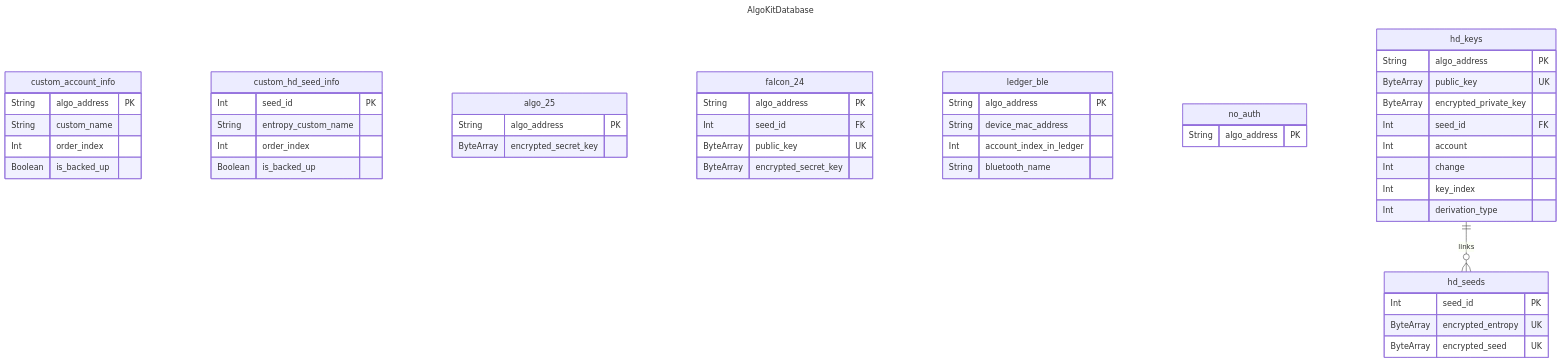
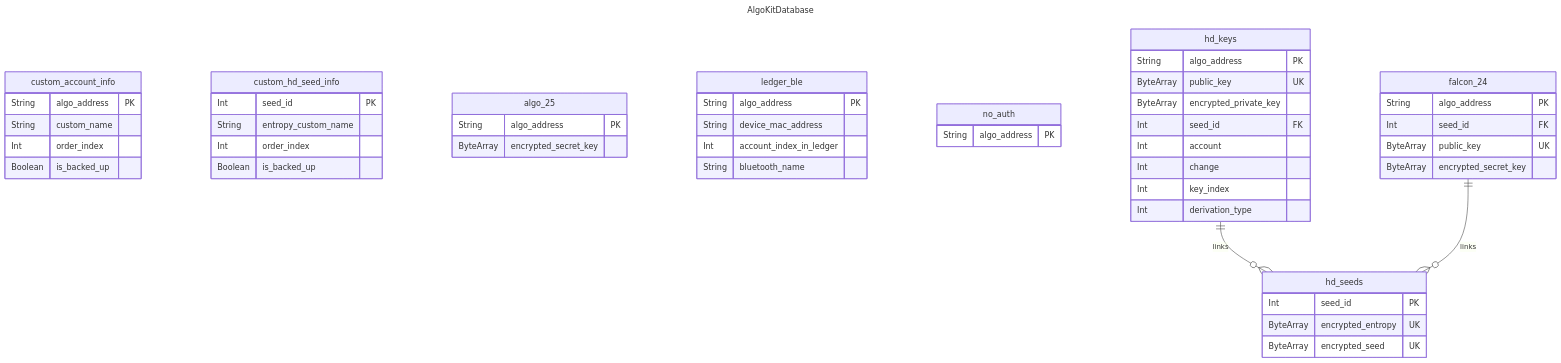
Before and after one commit to michaeltchuang/algokit-walletsdk-kmp: the third of 3 diagrams in README.md, drawn with Mermaid. The commit also changed other lines of this file and 14 other files, not shown here.

````diff
--- a/README.md
+++ b/README.md
@@ -180,53 +185,54 @@
 ```mermaid
 ---
 title: AlgoKitDatabase
 ---
 erDiagram
     custom_account_info {
         String algo_address PK
         String custom_name
         Int order_index
         Boolean is_backed_up
     }
     custom_hd_seed_info {
         Int seed_id PK
         String entropy_custom_name
         Int order_index
         Boolean is_backed_up
     }
     algo_25 {
         String algo_address PK
         ByteArray encrypted_secret_key
     }
-    falcon_24 {
-        String algo_address PK
-        Int seed_id FK
-        ByteArray public_key UK
-        ByteArray encrypted_secret_key
-    }
     ledger_ble {
         String algo_address PK
         String device_mac_address
         Int account_index_in_ledger
         String bluetooth_name
     }
     no_auth {
         String algo_address PK
     }
     hd_seeds {
         Int seed_id PK
         ByteArray encrypted_entropy UK
         ByteArray encrypted_seed UK
     }
+    falcon_24 {
+        String algo_address PK
+        Int seed_id FK
+        ByteArray public_key UK
+        ByteArray encrypted_secret_key
+    }
     hd_keys {
         String algo_address PK
         ByteArray public_key UK
         ByteArray encrypted_private_key
         Int seed_id FK
         Int account
         Int change
         Int key_index
         Int derivation_type
     }
     hd_keys ||--o{ hd_seeds : links
+    falcon_24 ||--o{ hd_seeds : links
 ```
````
